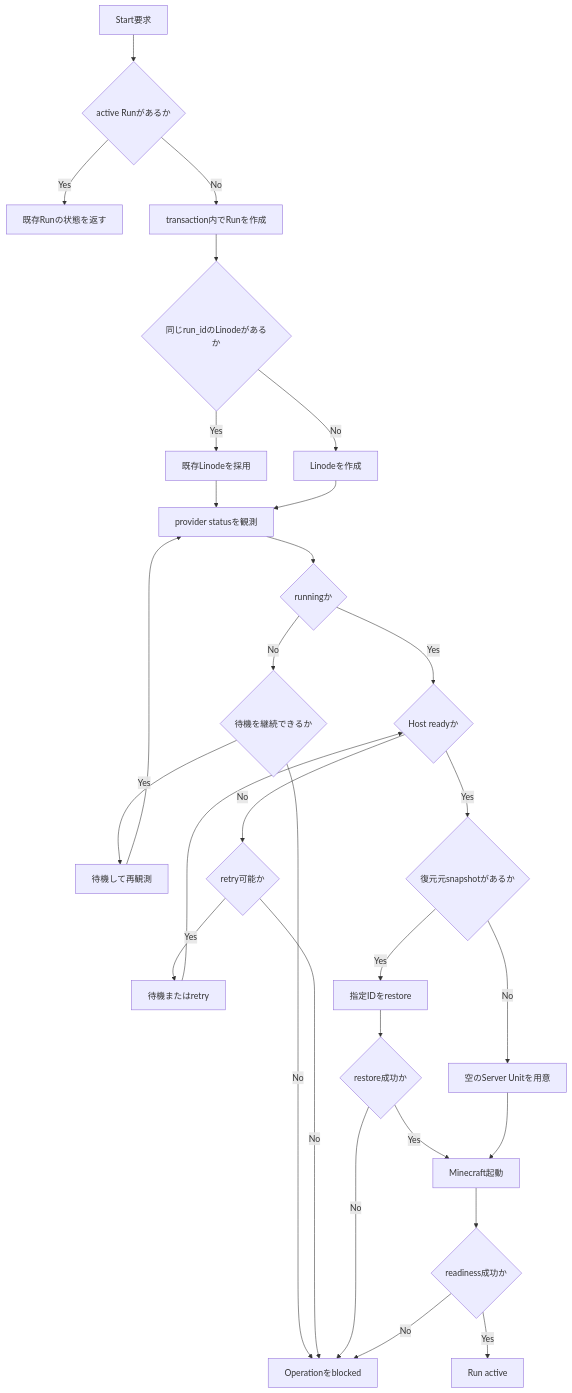
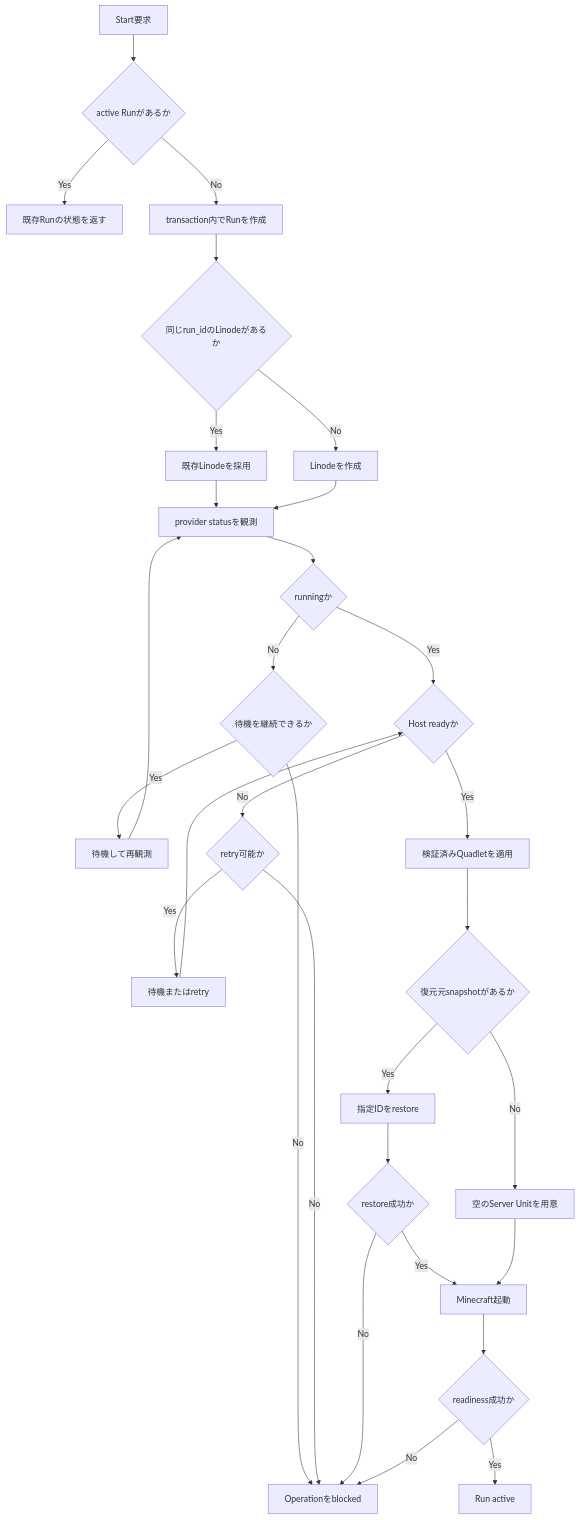
Before and after one commit to barn0w1/mc-control-plane: the seventh of 9 diagrams in docs/state-machines.md, drawn with Mermaid. The commit also changed other lines of this file and 4 other files, not shown here.

Commit message:
docs: define Debian host control architecture

````diff
--- a/docs/state-machines.md
+++ b/docs/state-machines.md
@@ -205,31 +224,32 @@
 ```mermaid
 flowchart TD
     A["Start要求"] --> B{"active Runがあるか"}
     B -- Yes --> C["既存Runの状態を返す"]
     B -- No --> D["transaction内でRunを作成"]
     D --> E{"同じrun_idのLinodeがあるか"}
     E -- Yes --> F["既存Linodeを採用"]
     E -- No --> G["Linodeを作成"]
     F --> H["provider statusを観測"]
     G --> H
     H --> I{"runningか"}
     I -- No --> J{"待機を継続できるか"}
     J -- Yes --> U["待機して再観測"]
     U --> H
     J -- No --> Q["Operationをblocked"]
     I -- Yes --> K{"Host readyか"}
     K -- No --> L{"retry可能か"}
     L -- Yes --> V["待機またはretry"]
     V --> K
     L -- No --> Q
-    K -- Yes --> M{"復元元snapshotがあるか"}
+    K -- Yes --> W["検証済みQuadletを適用"]
+    W --> M{"復元元snapshotがあるか"}
     M -- Yes --> N["指定IDをrestore"]
     M -- No --> O["空のServer Unitを用意"]
     N --> P{"restore成功か"}
     P -- No --> Q
     P -- Yes --> R["Minecraft起動"]
     O --> R
     R --> S{"readiness成功か"}
     S -- No --> Q
     S -- Yes --> T["Run active"]
 ```
````
